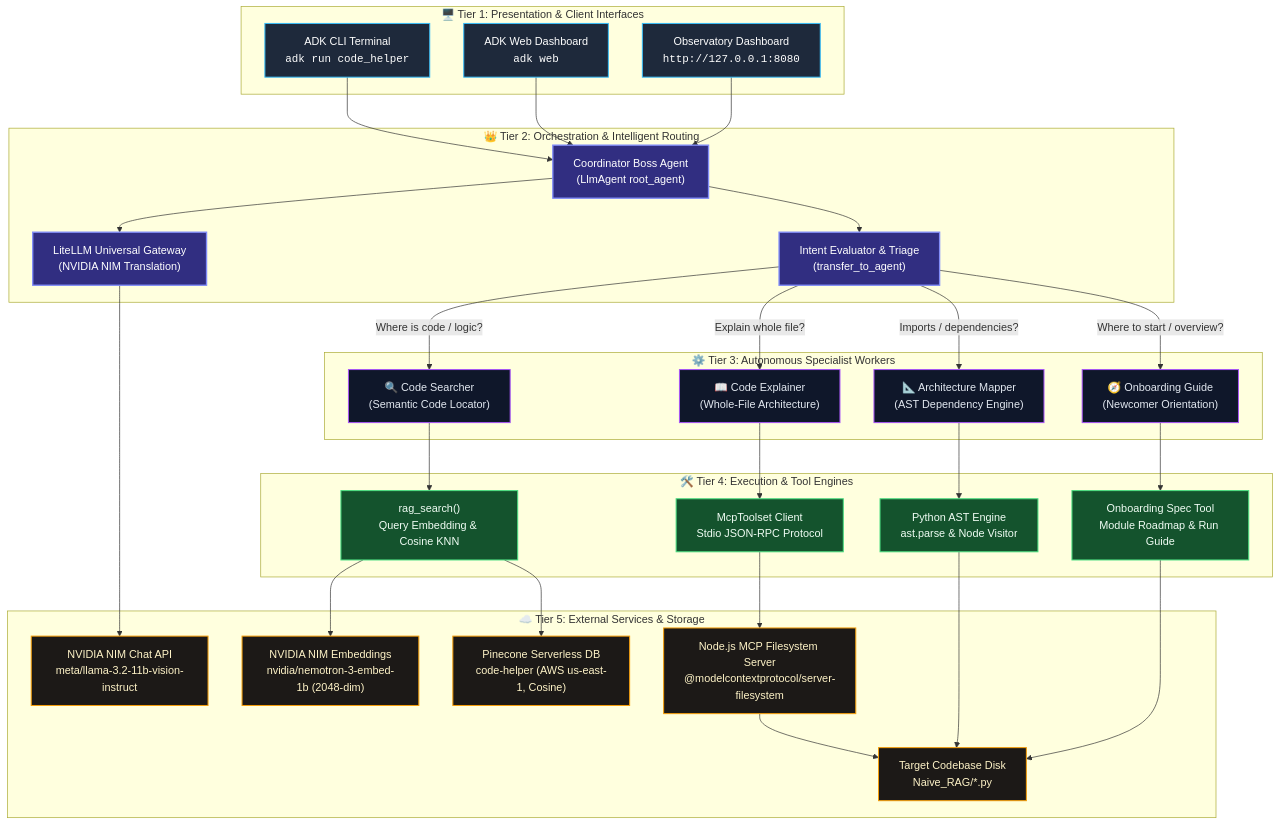
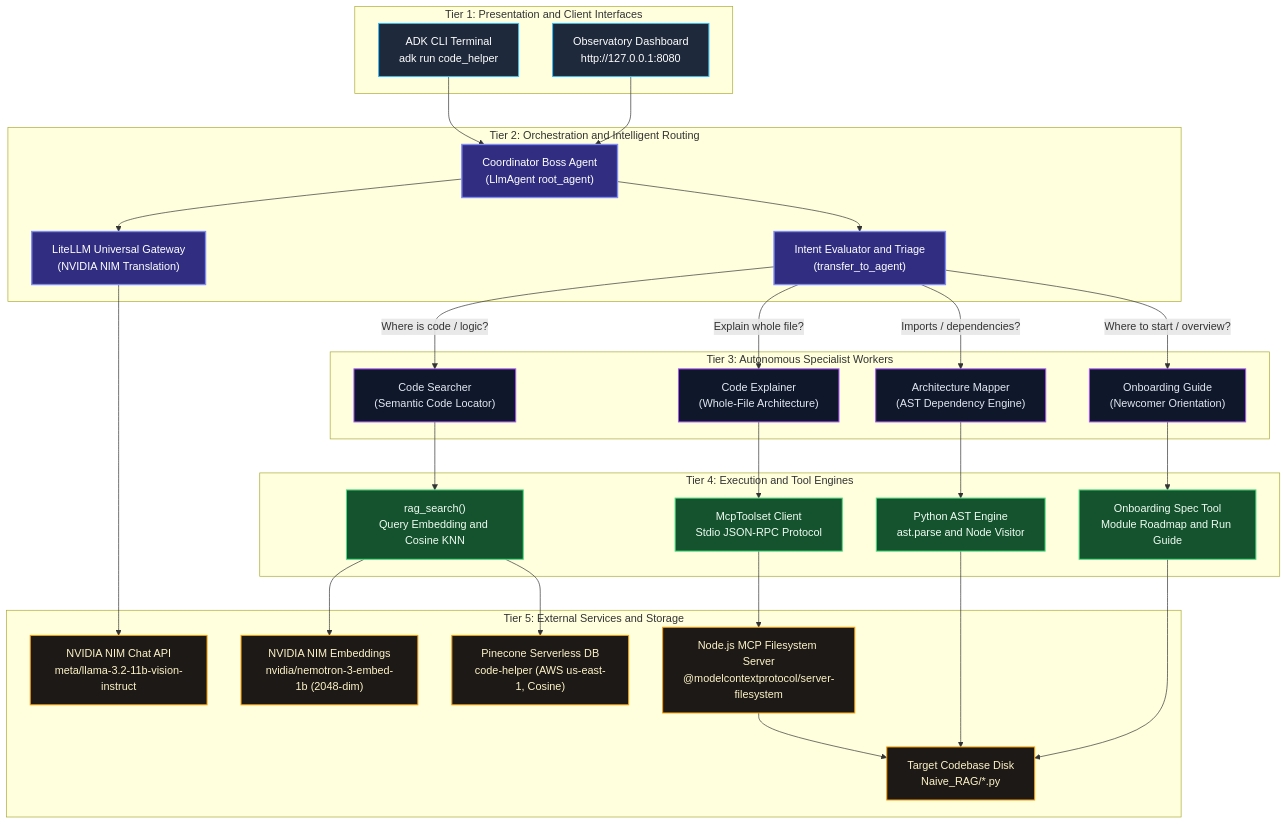
One commit to tanishka-jadhav/CODE-HELPER- changed the diagram in README.md. Above: the diagram before and after it, drawn with Mermaid. The commit also changed other lines of this file, not shown here.

Commit message:
docs: streamline README with 1 dashboard and Naive RAG comparison

````diff
--- a/README.md
+++ b/README.md
@@ -57,79 +95,77 @@
 ```mermaid
 graph TD
     %% Tier 1: Client Interfaces
-    subgraph TIER_CLIENT ["🖥️ Tier 1: Presentation & Client Interfaces"]
-        CLI["ADK CLI Terminal<br/><code>adk run code_helper</code>"]
-        WEB["ADK Web Dashboard<br/><code>adk web</code>"]
-        OBS["Observatory Dashboard<br/><code>http://127.0.0.1:8080</code>"]
+    subgraph TIER_CLIENT ["Tier 1: Presentation and Client Interfaces"]
+        CLI["ADK CLI Terminal<br/>adk run code_helper"]
+        OBS["Observatory Dashboard<br/>http://127.0.0.1:8080"]
     end
 
     %% Tier 2: Coordinator & Gateway
-    subgraph TIER_ROUTING ["👑 Tier 2: Orchestration & Intelligent Routing"]
+    subgraph TIER_ROUTING ["Tier 2: Orchestration and Intelligent Routing"]
         BOSS["Coordinator Boss Agent<br/>(LlmAgent root_agent)"]
         LITELLM["LiteLLM Universal Gateway<br/>(NVIDIA NIM Translation)"]
-        ROUTER["Intent Evaluator & Triage<br/>(transfer_to_agent)"]
+        ROUTER["Intent Evaluator and Triage<br/>(transfer_to_agent)"]
     end
 
     %% Tier 3: Specialized Workers
-    subgraph TIER_WORKERS ["⚙️ Tier 3: Autonomous Specialist Workers"]
-        W_SEARCH["🔍 Code Searcher<br/>(Semantic Code Locator)"]
-        W_EXPLAIN["📖 Code Explainer<br/>(Whole-File Architecture)"]
-        W_MAPPER["📐 Architecture Mapper<br/>(AST Dependency Engine)"]
-        W_GUIDE["🧭 Onboarding Guide<br/>(Newcomer Orientation)"]
+    subgraph TIER_WORKERS ["Tier 3: Autonomous Specialist Workers"]
+        W_SEARCH["Code Searcher<br/>(Semantic Code Locator)"]
+        W_EXPLAIN["Code Explainer<br/>(Whole-File Architecture)"]
+        W_MAPPER["Architecture Mapper<br/>(AST Dependency Engine)"]
+        W_GUIDE["Onboarding Guide<br/>(Newcomer Orientation)"]
     end
 
     %% Tier 4: Tool Execution Engines
-    subgraph TIER_TOOLS ["🛠️ Tier 4: Execution & Tool Engines"]
-        T_RAG["rag_search()<br/>Query Embedding & Cosine KNN"]
+    subgraph TIER_TOOLS ["Tier 4: Execution and Tool Engines"]
+        T_RAG["rag_search()<br/>Query Embedding and Cosine KNN"]
         T_MCP["McpToolset Client<br/>Stdio JSON-RPC Protocol"]
-        T_AST["Python AST Engine<br/>ast.parse & Node Visitor"]
-        T_GUIDE["Onboarding Spec Tool<br/>Module Roadmap & Run Guide"]
+        T_AST["Python AST Engine<br/>ast.parse and Node Visitor"]
+        T_GUIDE["Onboarding Spec Tool<br/>Module Roadmap and Run Guide"]
     end
 
     %% Tier 5: External Services & Storage
-    subgraph TIER_INFRA ["☁️ Tier 5: External Services & Storage"]
+    subgraph TIER_INFRA ["Tier 5: External Services and Storage"]
         NVIDIA_LLM["NVIDIA NIM Chat API<br/>meta/llama-3.2-11b-vision-instruct"]
         NVIDIA_EMBED["NVIDIA NIM Embeddings<br/>nvidia/nemotron-3-embed-1b (2048-dim)"]
         PINECONE["Pinecone Serverless DB<br/>code-helper (AWS us-east-1, Cosine)"]
         MCP_SERVER["Node.js MCP Filesystem Server<br/>@modelcontextprotocol/server-filesystem"]
         TARGET_CODE["Target Codebase Disk<br/>Naive_RAG/*.py"]
     end
 
     %% Cross-Tier Connections
     CLI --> BOSS
-    WEB --> BOSS
     OBS --> BOSS
 
     BOSS --> LITELLM
     LITELLM --> NVIDIA_LLM
     BOSS --> ROUTER
 
     ROUTER -->|Where is code / logic?| W_SEARCH
     ROUTER -->|Explain whole file?| W_EXPLAIN
     ROUTER -->|Imports / dependencies?| W_MAPPER
     ROUTER -->|Where to start / overview?| W_GUIDE
 
     W_SEARCH --> T_RAG
     W_EXPLAIN --> T_MCP
     W_MAPPER --> T_AST
     W_GUIDE --> T_GUIDE
 
     T_RAG --> NVIDIA_EMBED
     T_RAG --> PINECONE
     T_MCP --> MCP_SERVER
     MCP_SERVER --> TARGET_CODE
     T_AST --> TARGET_CODE
     T_GUIDE --> TARGET_CODE
 
     classDef client fill:#1E293B,stroke:#38BDF8,stroke-width:1.5px,color:#FFFFFF;
     classDef boss fill:#312E81,stroke:#818CF8,stroke-width:2px,color:#FFFFFF;
     classDef worker fill:#0F172A,stroke:#A855F7,stroke-width:1.5px,color:#E2E8F0;
     classDef tool fill:#14532D,stroke:#4ADE80,stroke-width:1.5px,color:#F0FDF4;
     classDef infra fill:#1C1917,stroke:#F59E0B,stroke-width:1.5px,color:#FEF3C7;
 
-    class CLI,WEB,OBS client;
+    class CLI,OBS client;
     class BOSS,LITELLM,ROUTER boss;
     class W_SEARCH,W_EXPLAIN,W_MAPPER,W_GUIDE worker;
     class T_RAG,T_MCP,T_AST,T_GUIDE tool;
     class NVIDIA_LLM,NVIDIA_EMBED,PINECONE,MCP_SERVER,TARGET_CODE infra;
 ```
````
